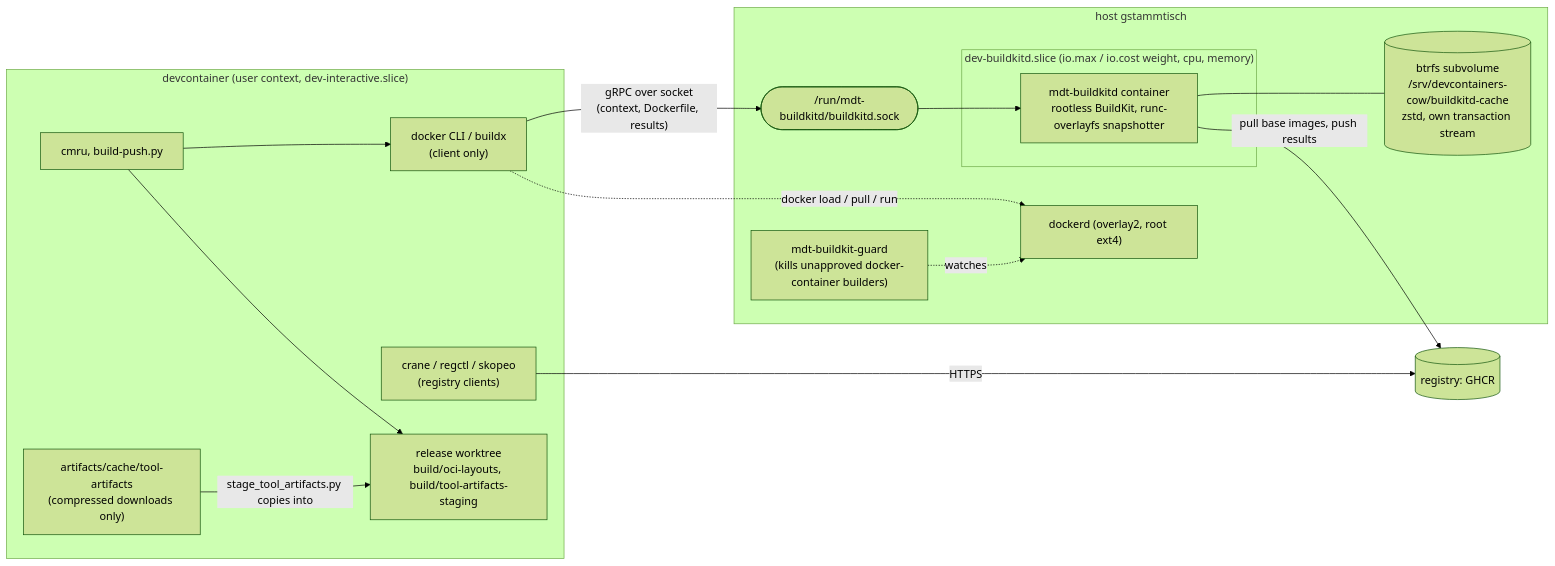
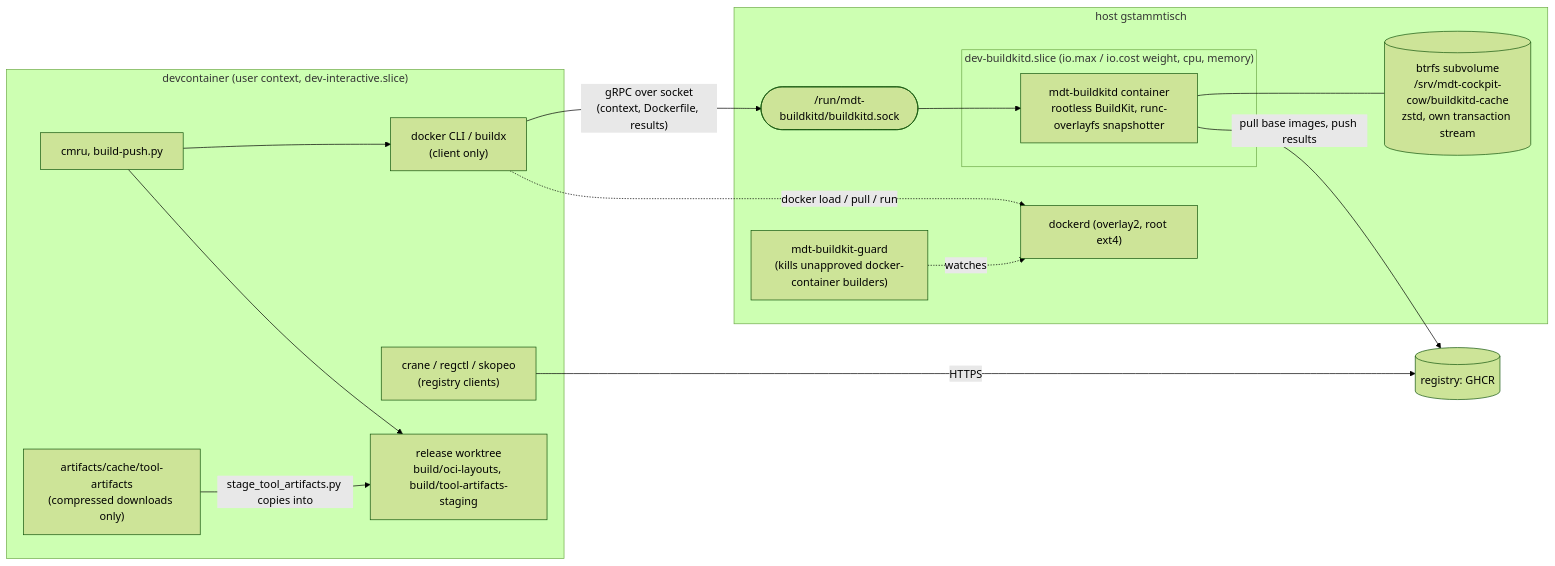
Before and after one commit to volkb79-2/vbpub: the first of 2 diagrams in mdt-cockpit/docs/BUILDKITD-FLOWS.md, drawn with Mermaid (forest theme). The commit also changed 12 other files, not shown here.

First line of the commit message:
refactor(mdt-cockpit): rename default CoW root /srv/devcontainers-cow to /srv/mdt-cockpit-cow

````diff
--- a/mdt-cockpit/docs/BUILDKITD-FLOWS.md
+++ b/mdt-cockpit/docs/BUILDKITD-FLOWS.md
@@ -11,30 +11,30 @@
 ```mermaid
 flowchart LR
   subgraph DC["devcontainer (user context, dev-interactive.slice)"]
     CLI["docker CLI / buildx<br/>(client only)"]
     CMRU["cmru, build-push.py"]
     TOOLS["crane / regctl / skopeo<br/>(registry clients)"]
     WT["release worktree<br/>build/oci-layouts, build/tool-artifacts-staging"]
     ACACHE["artifacts/cache/tool-artifacts<br/>(compressed downloads only)"]
   end
   subgraph HOST["host gstammtisch"]
     SOCK(["/run/mdt-buildkitd/buildkitd.sock"])
     subgraph SLICE["dev-buildkitd.slice (io.max / io.cost weight, cpu, memory)"]
       BK["mdt-buildkitd container<br/>rootless BuildKit, runc-overlayfs snapshotter"]
     end
-    BTRFS[("btrfs subvolume<br/>/srv/devcontainers-cow/buildkitd-cache<br/>zstd, own transaction stream")]
+    BTRFS[("btrfs subvolume<br/>/srv/mdt-cockpit-cow/buildkitd-cache<br/>zstd, own transaction stream")]
     DOCKERD["dockerd (overlay2, root ext4)"]
     GUARD["mdt-buildkit-guard<br/>(kills unapproved docker-container builders)"]
   end
   REG[("registry: GHCR")]
 
   CLI -- "gRPC over socket<br/>(context, Dockerfile, results)" --> SOCK --> BK
   BK --- BTRFS
   BK -- "pull base images, push results" --> REG
   CLI -. "docker load / pull / run" .-> DOCKERD
   TOOLS -- "HTTPS" --> REG
   CMRU --> CLI
   CMRU --> WT
   ACACHE -- "stage_tool_artifacts.py copies into" --> WT
   GUARD -. watches .-> DOCKERD
 ```
````
